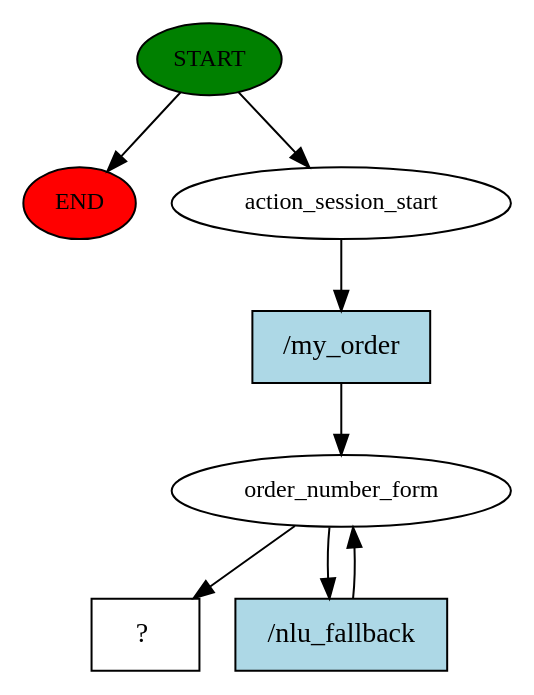
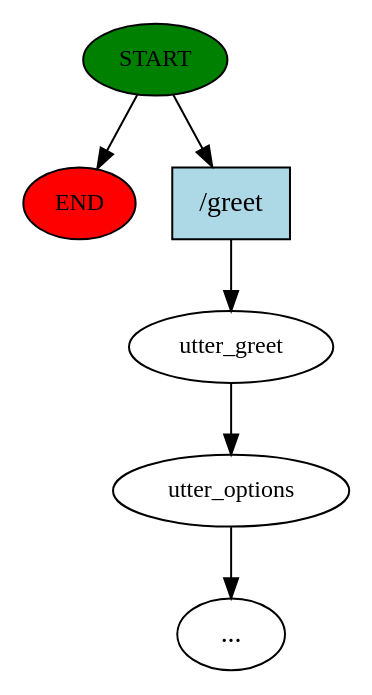
Before and after one commit to prabhatram/sarcbot-demo: the diagram in story_graph.dot, drawn with Graphviz. The commit also changed 72 other files, not shown here.

```diff
--- a/story_graph.dot
+++ b/story_graph.dot
@@ -1,16 +1,13 @@
 digraph  {
 0 [class="start active", fillcolor=green, fontsize=12, label=START, style=filled];
 "-1" [class=end, fillcolor=red, fontsize=12, label=END, style=filled];
-1 [class=active, fontsize=12, label=action_session_start];
-2 [class=active, fontsize=12, label=order_number_form];
-4 [class="intent dashed active", label="  ?  ", shape=rect];
-5 [class="intent active", fillcolor=lightblue, label="/my_order", shape=rect, style=filled];
-6 [class="intent active", fillcolor=lightblue, label="/nlu_fallback", shape=rect, style=filled];
+1 [class="active dashed", fontsize=12, label=utter_greet];
+2 [class="", fontsize=12, label=utter_options];
+"-4" [class=ellipsis, label="..."];
+6 [class="intent active", fillcolor=lightblue, label="/greet", shape=rect, style=filled];
 0 -> "-1"  [class="", key=NONE, label=""];
-0 -> 1  [class=active, key=NONE, label=""];
-1 -> 5  [class=active, key=0];
-2 -> 4  [class=active, key=NONE, label=""];
-2 -> 6  [class=active, key=0];
-5 -> 2  [class=active, key=0];
-6 -> 2  [class=active, key=0];
+0 -> 6  [class=active, key=0];
+1 -> 2  [class="", key=NONE, label=""];
+2 -> "-4"  [class="", key=NONE, label=""];
+6 -> 1  [class=active, key=0];
 }
```
